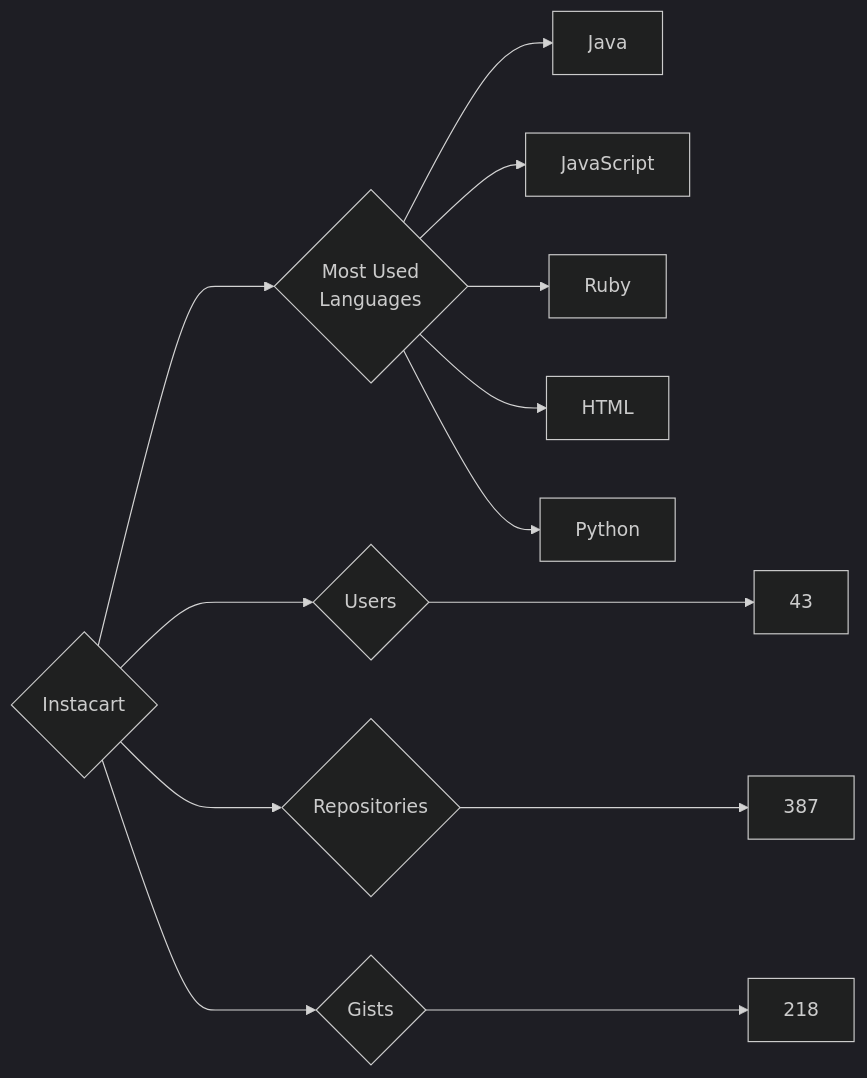
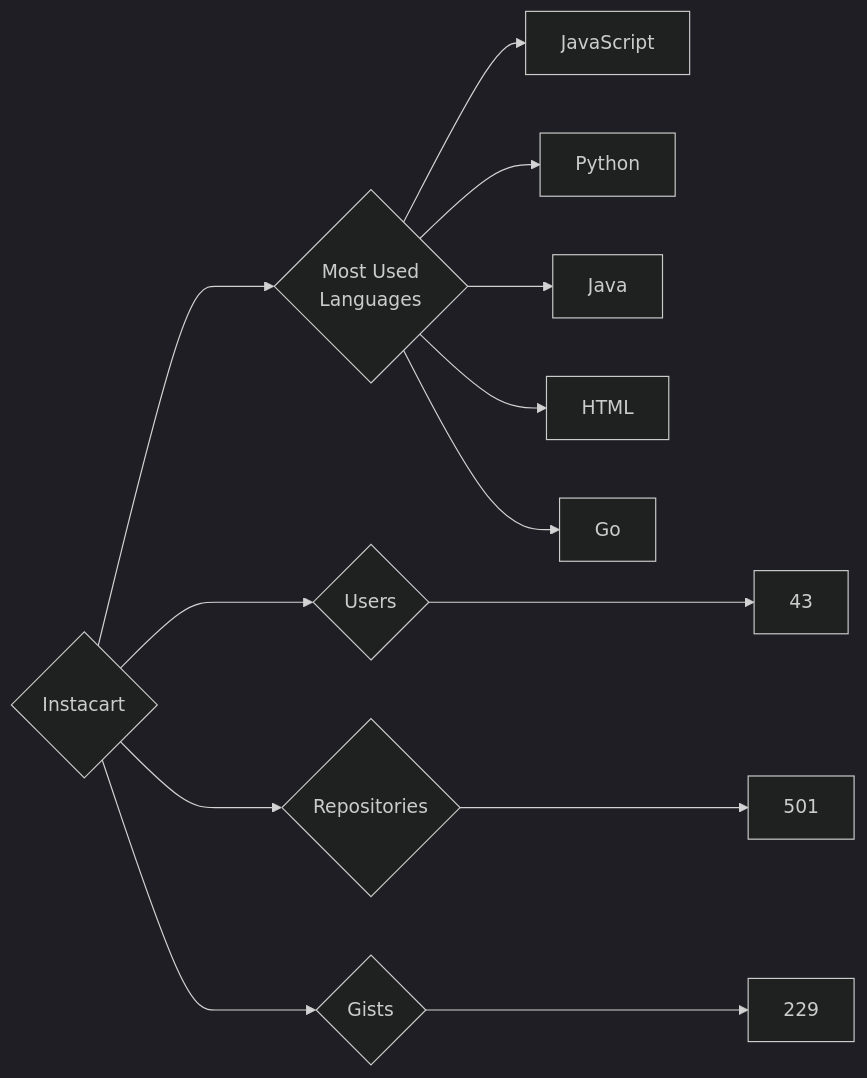
One commit to trickest/insiders changed the diagram in targets/Instacart/README.md. Above: the diagram before and after it, drawn with Mermaid (dark theme). The commit also changed 935 other files, not shown here.

````diff
--- a/targets/Instacart/README.md
+++ b/targets/Instacart/README.md
@@ -3,13 +3,13 @@
 ```mermaid
 graph LR
 COMPANY_NAME{Instacart}
 COMPANY_NAME ---> U{Users} ---> UN[43]
-COMPANY_NAME ---> R{Repositories} ---> RN[387]
-COMPANY_NAME ---> G{Gists} ---> GN[218]
+COMPANY_NAME ---> R{Repositories} ---> RN[501]
+COMPANY_NAME ---> G{Gists} ---> GN[229]
 COMPANY_NAME ---> ML{Most Used<br>Languages}
+ML --> JavaScript[JavaScript]
+ML --> Python[Python]
 ML --> Java[Java]
-ML --> JavaScript[JavaScript]
-ML --> Ruby[Ruby]
 ML --> HTML[HTML]
-ML --> Python[Python]
+ML --> Go[Go]
 ```
````
